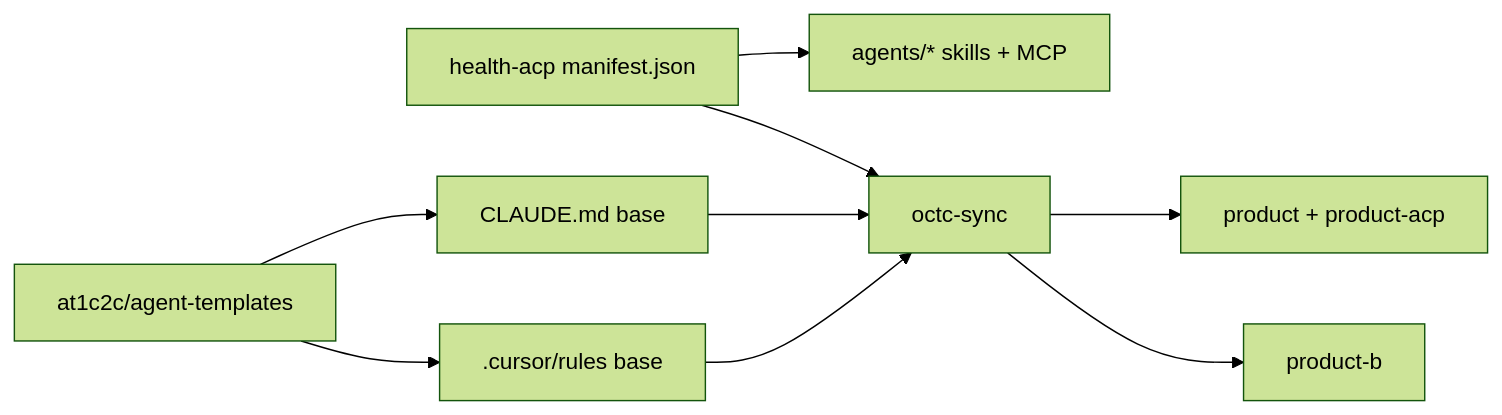
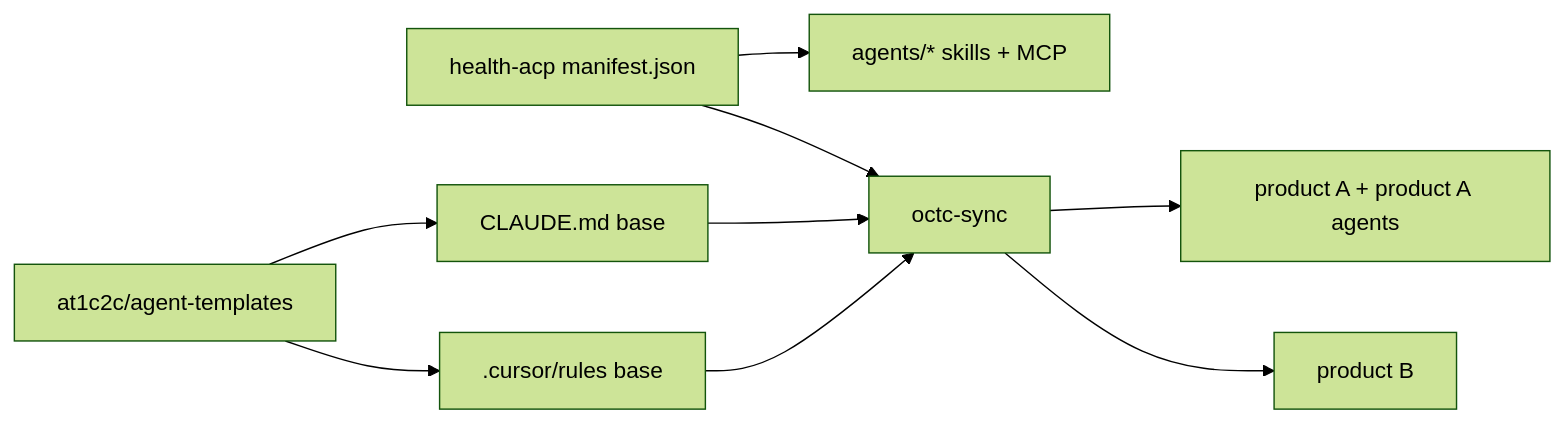
One commit to OneClickToControl/octc-platform changed the diagram in docs/agents/RUNTIME_SYNC.md. Above: the diagram before and after it, drawn with Mermaid (forest theme). The commit also changed 18 other files, not shown here.

````diff
--- a/docs/agents/RUNTIME_SYNC.md
+++ b/docs/agents/RUNTIME_SYNC.md
@@ -13,11 +13,11 @@
 ```mermaid
 flowchart LR
   ACP["health-acp manifest.json"] --> SKILLS["agents/* skills + MCP"]
   TPL["at1c2c/agent-templates"] --> CLAUDE["CLAUDE.md base"]
   TPL --> CURSOR[".cursor/rules base"]
   ACP --> SYNC["octc-sync"]
   CLAUDE --> SYNC
   CURSOR --> SYNC
-  SYNC --> health["product + product-acp"]
-  SYNC --> store["product-b"]
+  SYNC --> productA["product A + product A agents"]
+  SYNC --> productB["product B"]
 ```
````
